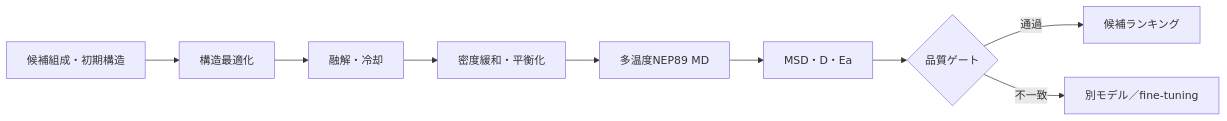
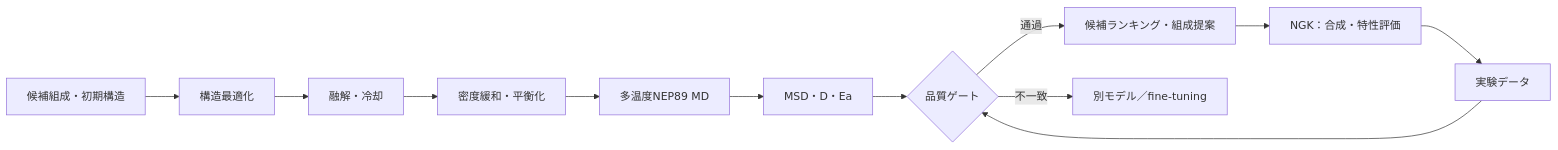
Before and after one commit to Long-Brian-Yang/li-research: the third of 6 diagrams in docs/presentations/pretrained_potential_screening_proposal_7min_ja.md, drawn with Mermaid. The commit also changed other lines of this file, not shown here.

Commit message:
Align screening proposal with NGK materials workflow

````diff
--- a/docs/presentations/pretrained_potential_screening_proposal_7min_ja.md
+++ b/docs/presentations/pretrained_potential_screening_proposal_7min_ja.md
@@ -152,11 +174,14 @@
 ```mermaid
 flowchart LR
     A[候補組成・初期構造] --> B[構造最適化]
     B --> C[融解・冷却]
     C --> D[密度緩和・平衡化]
     D --> E[多温度NEP89 MD]
     E --> F[MSD・D・Ea]
     F --> G{品質ゲート}
-    G -->|通過| H[候補ランキング]
+    G -->|通過| H[候補ランキング・組成提案]
     G -->|不一致| I[別モデル／fine-tuning]
+    H --> J[NGK：合成・特性評価]
+    J --> K[実験データ]
+    K --> G
 ```
````
